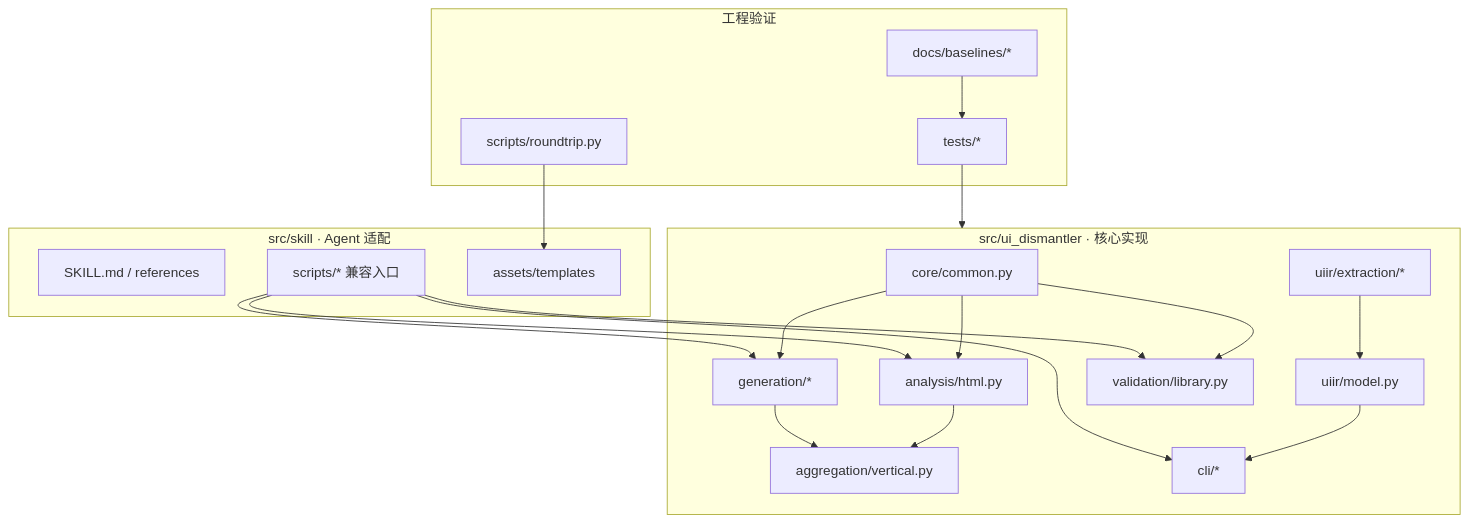
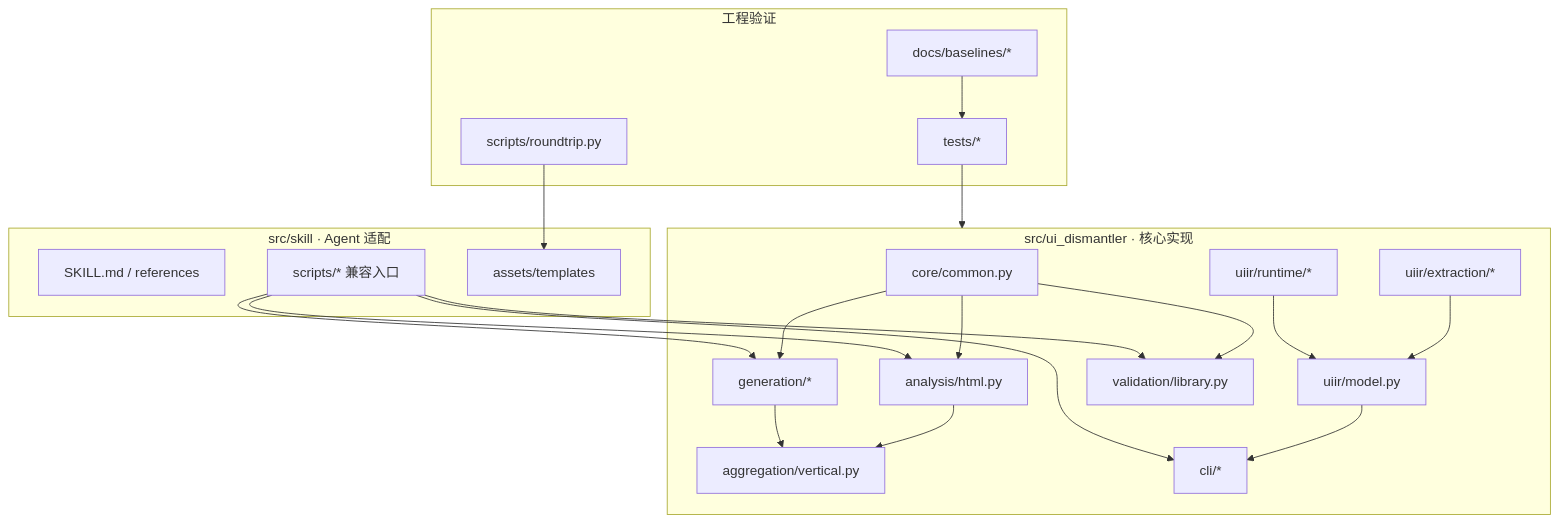
One commit to SuTang-vain/ui-dismantler changed the diagram in docs/architecture/overview.md. Above: the diagram before and after it, drawn with Mermaid. The commit also changed other lines of this file and 12 other files, not shown here.

First line of the commit message:
refactor(uiir): 拆分 runtime_refs god module 为 runtime/ 子包

````diff
--- a/docs/architecture/overview.md
+++ b/docs/architecture/overview.md
@@ -14,40 +14,42 @@
 ```mermaid
 flowchart TB
     subgraph Core["src/ui_dismantler · 核心实现"]
         COMMON["core/common.py"]
         ANALYSIS["analysis/html.py"]
         UIIR["uiir/model.py"]
         EXTRACT["uiir/extraction/*"]
+        RUNTIME["uiir/runtime/*"]
         GENERATION["generation/*"]
         VALIDATION["validation/library.py"]
         AGGREGATION["aggregation/vertical.py"]
         CLI["cli/*"]
     end
 
     subgraph Skill["src/skill · Agent 适配"]
         SPEC["SKILL.md / references"]
         WRAPPERS["scripts/* 兼容入口"]
         TEMPLATES["assets/templates"]
     end
 
     subgraph QA["工程验证"]
         TESTS["tests/*"]
         ROUNDTRIP["scripts/roundtrip.py"]
         BASELINES["docs/baselines/*"]
     end
 
     COMMON --> ANALYSIS
     COMMON --> GENERATION
     COMMON --> VALIDATION
     EXTRACT --> UIIR
+    RUNTIME --> UIIR
     ANALYSIS --> AGGREGATION
     GENERATION --> AGGREGATION
     UIIR --> CLI
     WRAPPERS --> CLI
     WRAPPERS --> ANALYSIS
     WRAPPERS --> GENERATION
     WRAPPERS --> VALIDATION
     TESTS --> Core
     ROUNDTRIP --> TEMPLATES
     BASELINES --> TESTS
 ```
````
